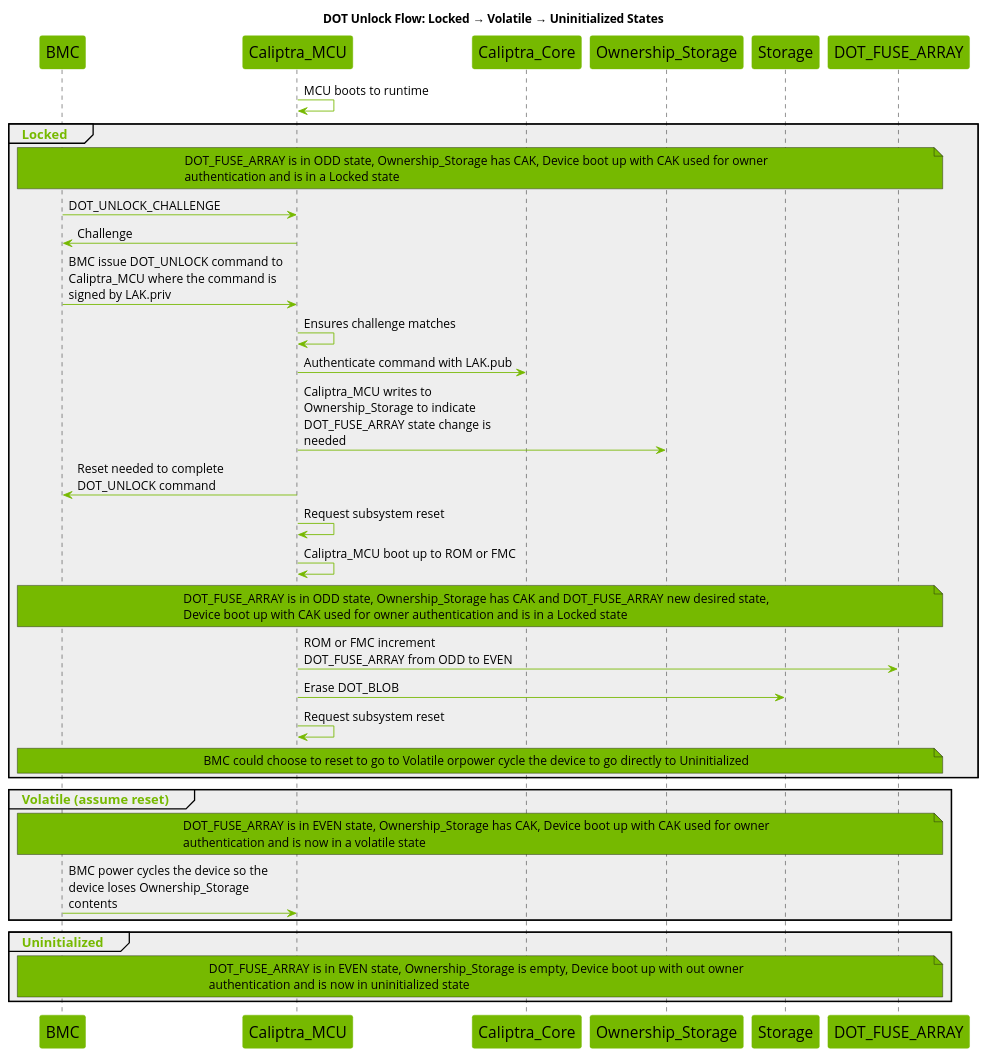
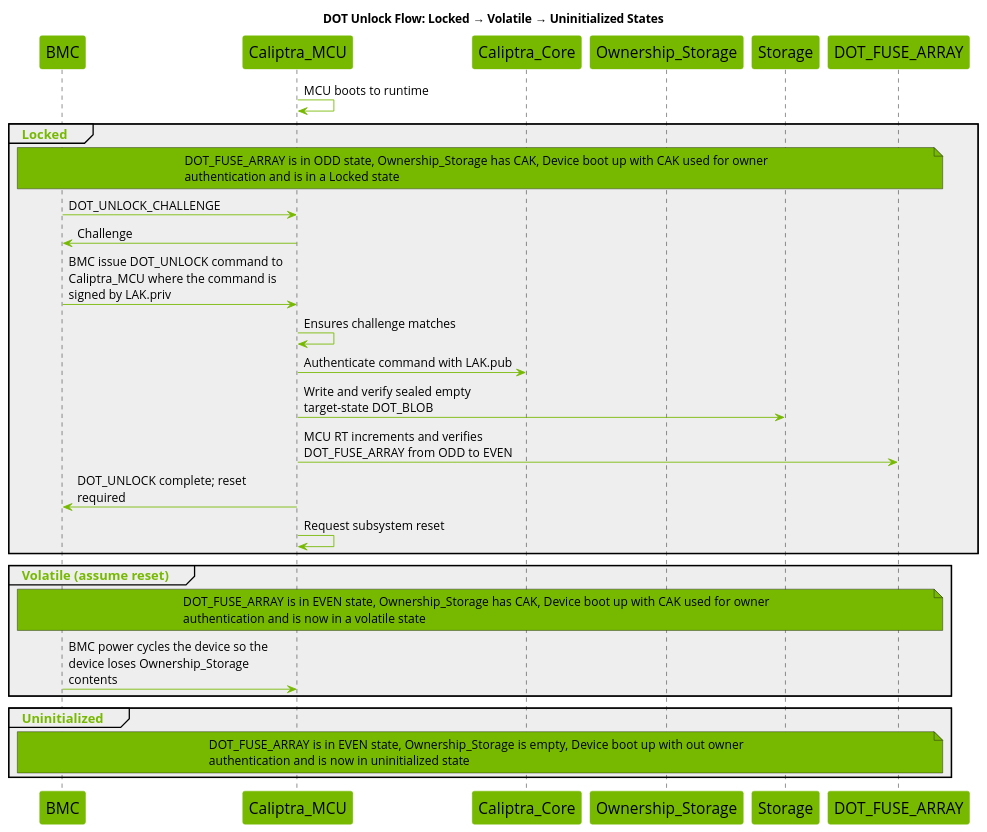
One commit to chipsalliance/caliptra-mcu-sw changed the seventh of 9 diagrams in docs/src/dot.md. Above: the diagram before and after it, drawn with PlantUML. The commit also changed other lines of this file and 8 other files, not shown here.

Commit message:
dot: document direct runtime command flow

````diff
--- a/docs/src/dot.md
+++ b/docs/src/dot.md
@@ -978,67 +981,62 @@
 ```plantuml
 @startuml
 
 title DOT Unlock Flow: Locked → Volatile → Uninitialized States
 
 skinparam maxMessageSize 250
 skinparam wrapWidth 700
 skinparam backgroundColor white
 skinparam NoteBackgroundColor #76b900
 skinparam NoteFontSize 14
 skinparam SequenceGroupBodyBackgroundColor #EEEEEE
 skinparam defaultFontName Open Sans
 
 skinparam sequence {
     ArrowColor #76b900
     ActorBorderColor #76b900
     LifeLineBorderColor #000000
     LifeLineBackgroundColor #76b900
     GroupHeaderFontsize 15
     GroupHeaderFontColor #76b900
     GroupFontSize 15
     GroupFontColor #76b900
     ArrowFontSize 15
     ParticipantBorderColor #76b900
     ParticipantBackgroundColor #76b900
     ParticipantFontSize 18
     ParticipantFontColor black
     ArrowFontSize 14
 }
 
 participant BMC
 participant Caliptra_MCU
 participant Caliptra_Core
 participant Ownership_Storage
 participant Storage
 participant DOT_FUSE_ARRAY
 
 Caliptra_MCU -> Caliptra_MCU : MCU boots to runtime
 group Locked
     note across : DOT_FUSE_ARRAY is in ODD state, Ownership_Storage has CAK, Device boot up with CAK used for owner authentication and is in a Locked state
     BMC -> Caliptra_MCU : DOT_UNLOCK_CHALLENGE
     Caliptra_MCU -> BMC : Challenge
     BMC -> Caliptra_MCU : BMC issue DOT_UNLOCK command to Caliptra_MCU where the command is signed by LAK.priv
     Caliptra_MCU -> Caliptra_MCU: Ensures challenge matches
     Caliptra_MCU -> Caliptra_Core : Authenticate command with LAK.pub
-    Caliptra_MCU -> Ownership_Storage : Caliptra_MCU writes to Ownership_Storage to indicate DOT_FUSE_ARRAY state change is needed
-    Caliptra_MCU -> BMC : Reset needed to complete DOT_UNLOCK command
+    Caliptra_MCU -> Storage : Write and verify sealed empty target-state DOT_BLOB
+    Caliptra_MCU -> DOT_FUSE_ARRAY : MCU RT increments and verifies DOT_FUSE_ARRAY from ODD to EVEN
+    Caliptra_MCU -> BMC : DOT_UNLOCK complete; reset required
     Caliptra_MCU -> Caliptra_MCU : Request subsystem reset
-    Caliptra_MCU -> Caliptra_MCU : Caliptra_MCU boot up to ROM or FMC
-    note across : DOT_FUSE_ARRAY is in ODD state, Ownership_Storage has CAK and DOT_FUSE_ARRAY new desired state, Device boot up with CAK used for owner authentication and is in a Locked state
-    Caliptra_MCU -> DOT_FUSE_ARRAY : ROM or FMC increment DOT_FUSE_ARRAY from ODD to EVEN
-    Caliptra_MCU -> Storage : Erase DOT_BLOB
-    Caliptra_MCU -> Caliptra_MCU : Request subsystem reset
-    note across : BMC could choose to reset to go to Volatile orpower cycle the device to go directly to Uninitialized
 end
 
 group Volatile (assume reset)
     note across : DOT_FUSE_ARRAY is in EVEN state, Ownership_Storage has CAK, Device boot up with CAK used for owner authentication and is now in a volatile state
     BMC -> Caliptra_MCU : BMC power cycles the device so the device loses Ownership_Storage contents
 end
 
 group Uninitialized
     note across : DOT_FUSE_ARRAY is in EVEN state, Ownership_Storage is empty, Device boot up with out owner authentication and is now in uninitialized state
 end
 
 @enduml
 ```
````
